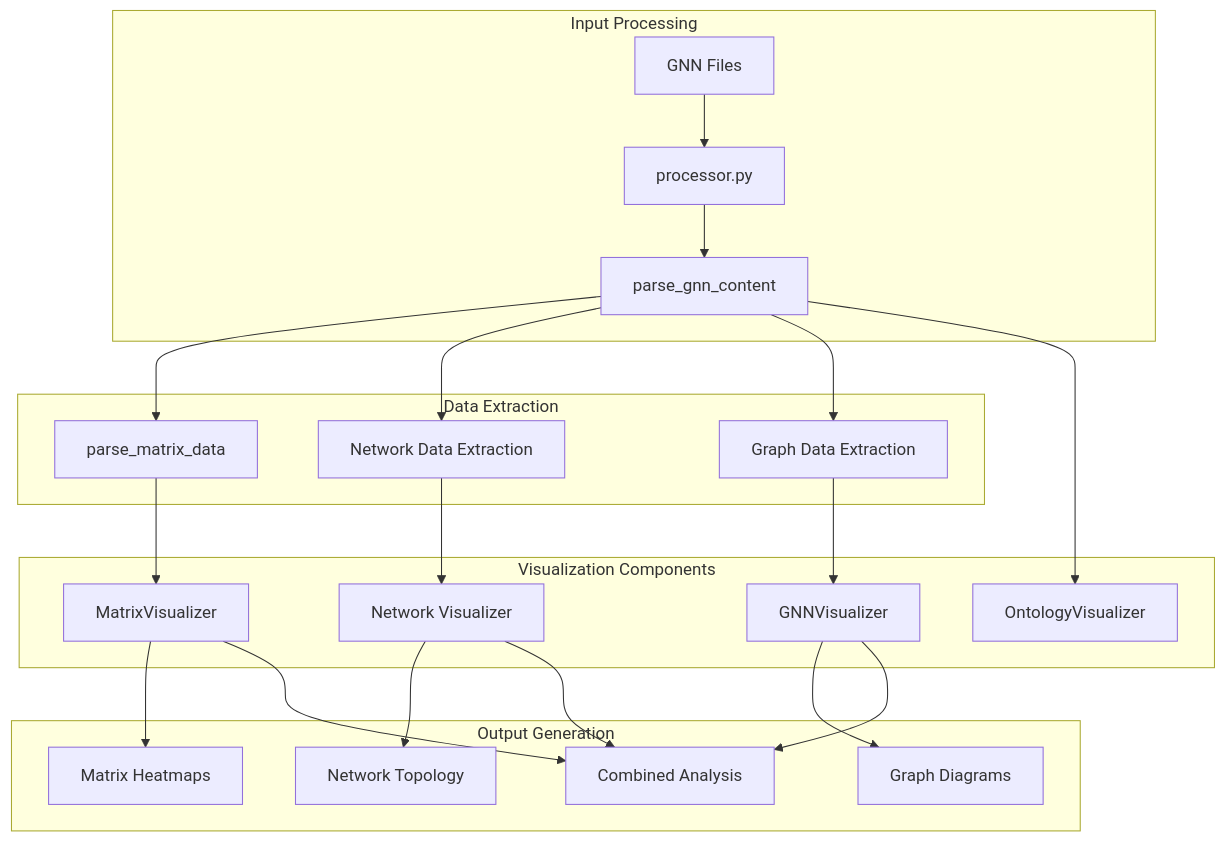
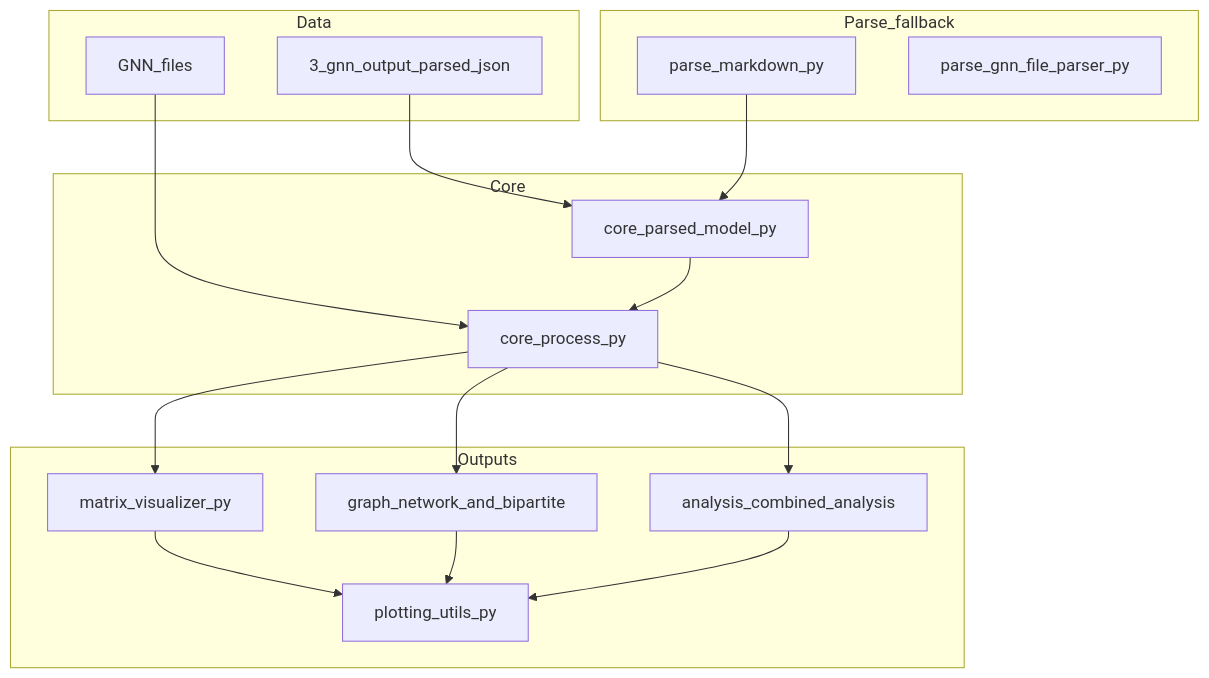
One commit to ActiveInferenceInstitute/GeneralizedNotationNotation changed the second of 3 diagrams in src/visualization/README.md. Above: the diagram before and after it, drawn with Mermaid. The commit also changed other lines of this file and 1845 other files, not shown here.

````diff
--- a/src/visualization/README.md
+++ b/src/visualization/README.md
@@ -44,46 +50,31 @@
 ```mermaid
 graph TB
-    subgraph "Input Processing"
-        GNNFile[GNN Files]
-        Processor[processor.py]
-        Parser[parse_gnn_content]
+    subgraph "Data"
+        GNNFile[GNN_files]
+        ParsedJSON[3_gnn_output_parsed_json]
     end
-    
-    subgraph "Data Extraction"
-        MatrixExtract[parse_matrix_data]
-        NetworkExtract[Network Data Extraction]
-        GraphExtract[Graph Data Extraction]
+    subgraph "Core"
+        Proc[core_process_py]
+        ParsedModel[core_parsed_model_py]
     end
-    
-    subgraph "Visualization Components"
-        MatrixViz[MatrixVisualizer]
-        GraphViz[GNNVisualizer]
-        NetworkViz[Network Visualizer]
-        OntologyViz[OntologyVisualizer]
+    subgraph "Parse_fallback"
+        MdParse[parse_markdown_py]
+        FileParser[parse_gnn_file_parser_py]
     end
-    
-    subgraph "Output Generation"
-        MatrixOut[Matrix Heatmaps]
-        GraphOut[Graph Diagrams]
-        NetworkOut[Network Topology]
-        CombinedOut[Combined Analysis]
+    subgraph "Outputs"
+        MatrixViz[matrix_visualizer_py]
+        GraphPkg[graph_network_and_bipartite]
+        AnalysisPkg[analysis_combined_analysis]
+        PlotUtil[plotting_utils_py]
     end
-    
-    GNNFile --> Processor
-    Processor --> Parser
-    Parser --> MatrixExtract
-    Parser --> NetworkExtract
-    Parser --> GraphExtract
-    
-    MatrixExtract --> MatrixViz
-    NetworkExtract --> NetworkViz
-    GraphExtract --> GraphViz
-    Parser --> OntologyViz
-    
-    MatrixViz --> MatrixOut
-    GraphViz --> GraphOut
-    NetworkViz --> NetworkOut
-    MatrixViz --> CombinedOut
-    GraphViz --> CombinedOut
-    NetworkViz --> CombinedOut
+    GNNFile --> Proc
+    ParsedJSON --> ParsedModel
+    ParsedModel --> Proc
+    MdParse --> ParsedModel
+    Proc --> MatrixViz
+    Proc --> GraphPkg
+    Proc --> AnalysisPkg
+    MatrixViz --> PlotUtil
+    GraphPkg --> PlotUtil
+    AnalysisPkg --> PlotUtil
 ```
````
